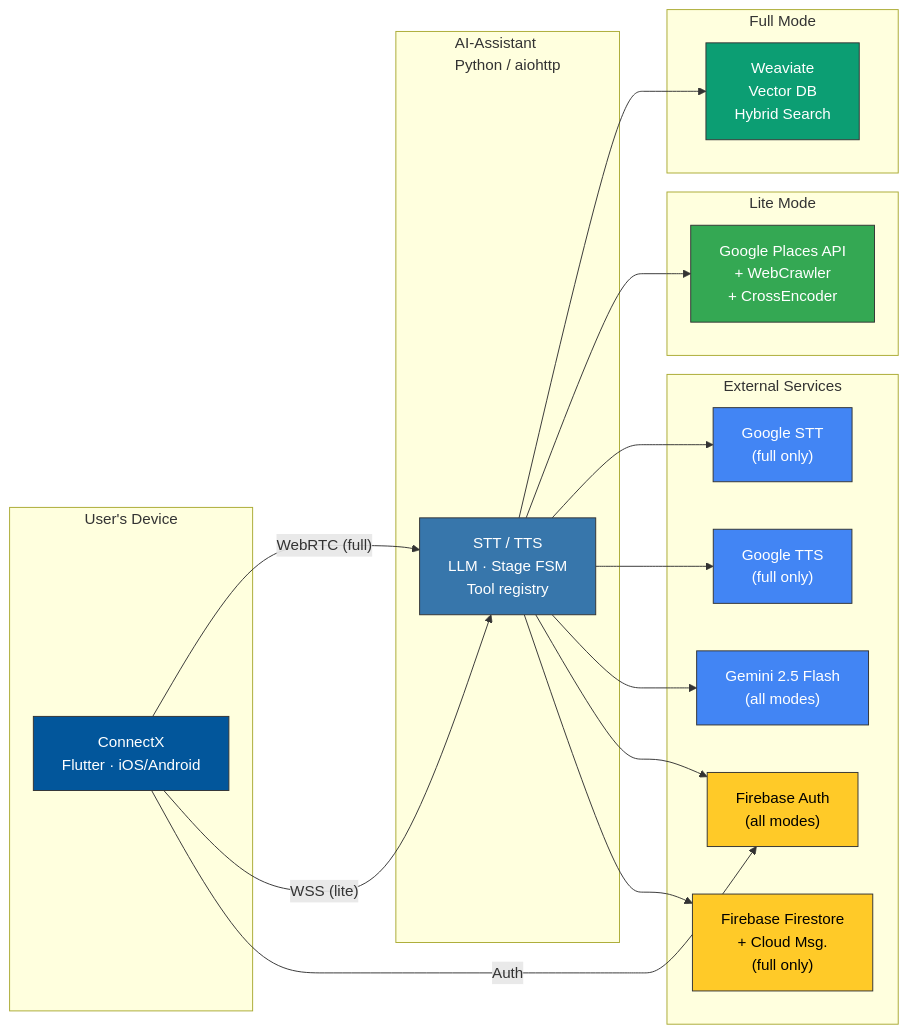
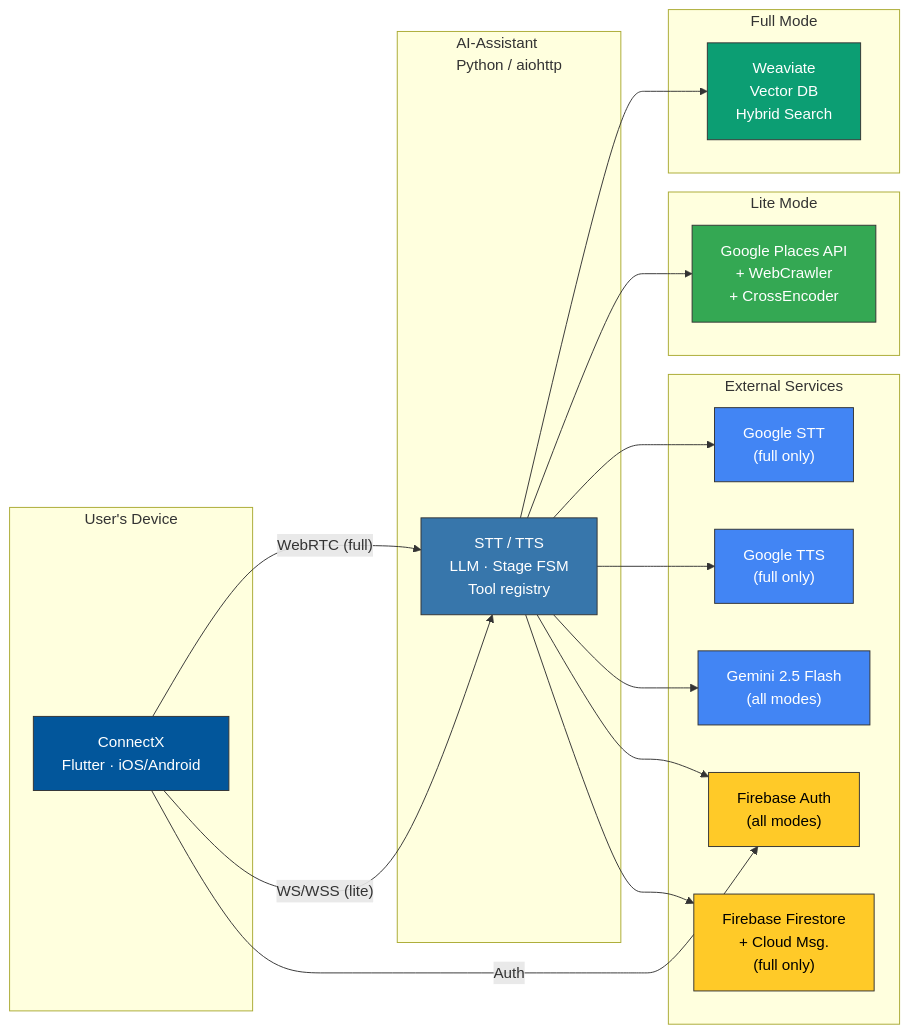
One commit to Fides-Connect/linkora changed the first of 2 diagrams in docs/architecture.md. Above: the diagram before and after it, drawn with Mermaid. The commit also changed other lines of this file and 2 other files, not shown here.

Commit message:
Fix Copilot review findings (Gemini prereq, WS/WSS, voice flow heading, FSM CLARIFY/TOOL_EXECUTION, RECOVERY note)

````diff
--- a/docs/architecture.md
+++ b/docs/architecture.md
@@ -9,47 +9,47 @@
 ```mermaid
 graph LR
     subgraph Device["User's Device"]
         A["ConnectX\nFlutter · iOS/Android"]
     end
 
     subgraph Backend["AI-Assistant\nPython / aiohttp"]
         B["STT / TTS\nLLM · Stage FSM\nTool registry"]
     end
 
     subgraph Full["Full Mode"]
         C["Weaviate\nVector DB\nHybrid Search"]
     end
 
     subgraph Lite["Lite Mode"]
         D["Google Places API\n+ WebCrawler\n+ CrossEncoder"]
     end
 
     subgraph External["External Services"]
         E["Google STT\n(full only)"]
         F["Google TTS\n(full only)"]
         G["Gemini 2.5 Flash\n(all modes)"]
         H["Firebase Auth\n(all modes)"]
         H2["Firebase Firestore\n+ Cloud Msg.\n(full only)"]
     end
 
     A -- "WebRTC (full)" --> B
-    A -- "WSS (lite)" --> B
+    A -- "WS/WSS (lite)" --> B
     A -- "Auth" --> H
     B --> C
     B --> D
     B --> E
     B --> F
     B --> G
     B --> H
     B --> H2
 
     style A fill:#02569B,stroke:#333,color:#fff
     style B fill:#3776AB,stroke:#333,color:#fff
     style C fill:#0C9E73,stroke:#333,color:#fff
     style D fill:#34A853,stroke:#333,color:#fff
     style E fill:#4285F4,stroke:#333,color:#fff
     style F fill:#4285F4,stroke:#333,color:#fff
     style G fill:#4285F4,stroke:#333,color:#fff
     style H fill:#FFCA28,stroke:#333,color:#000
     style H2 fill:#FFCA28,stroke:#333,color:#000
 ```
````
